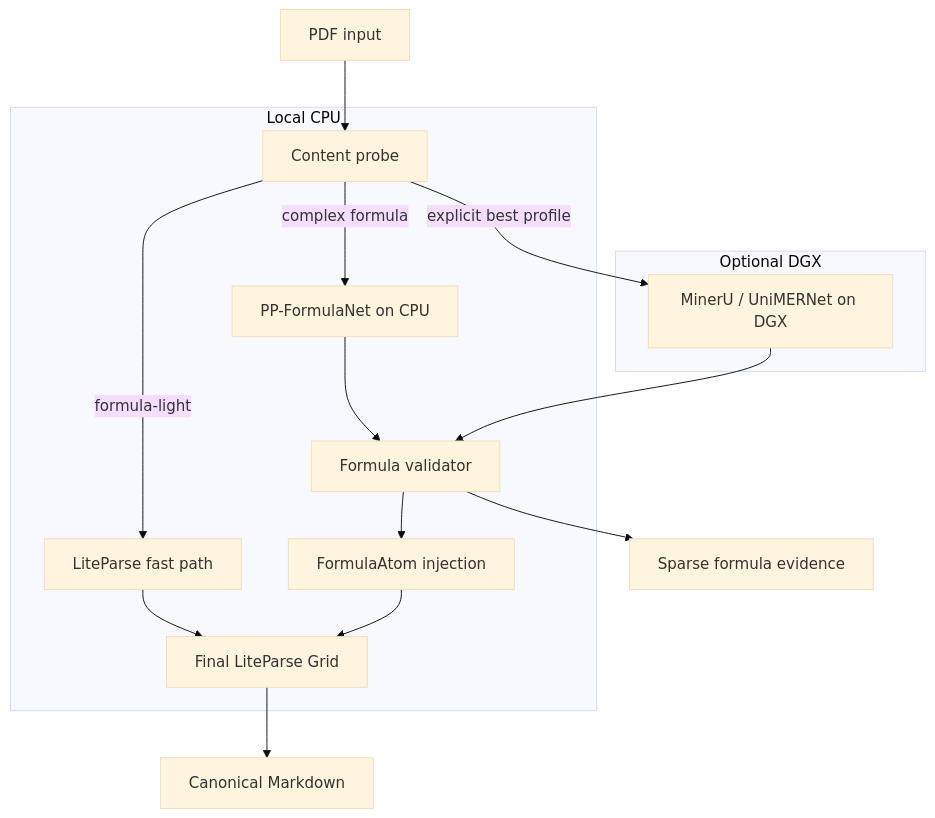
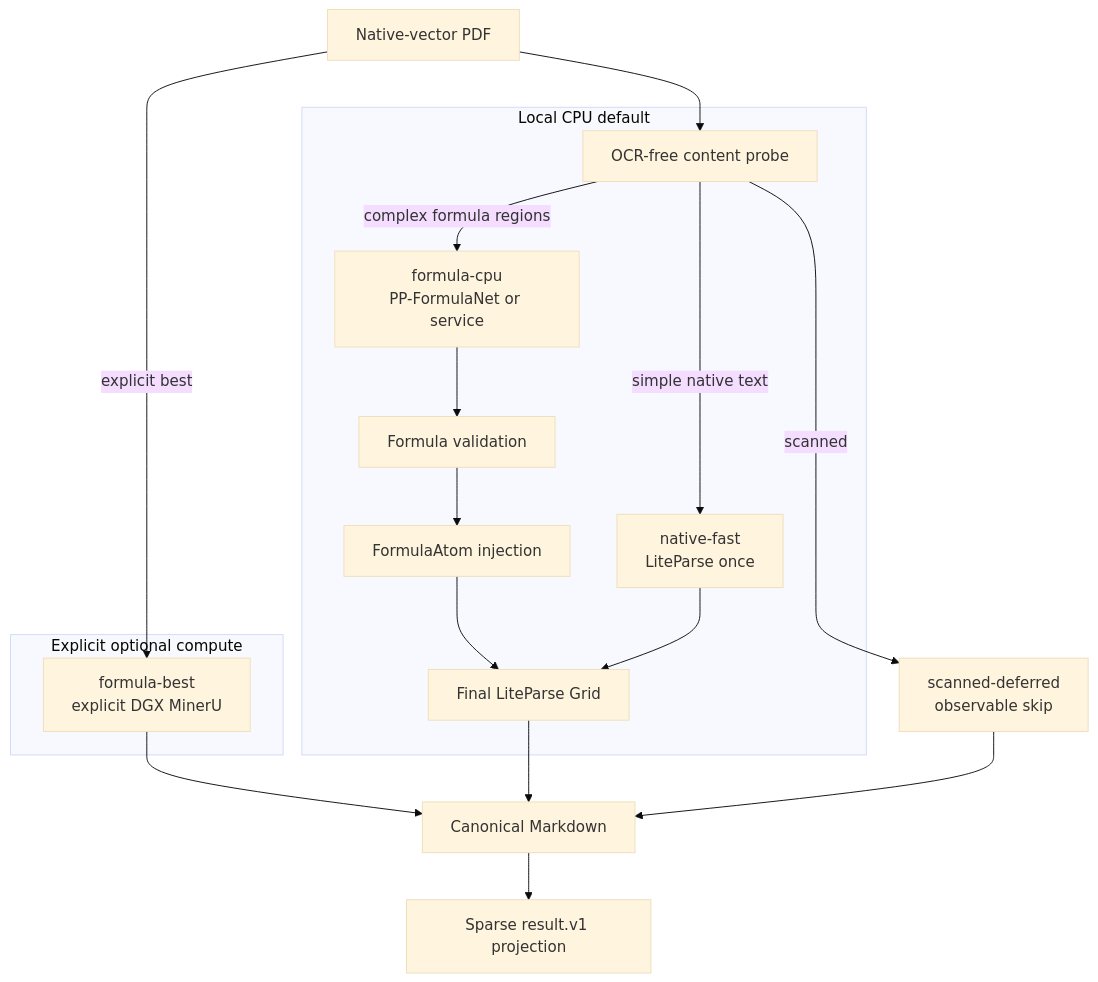
The diagram in packages/research-pdf-parser/README.md (GlacierAlgo/research-pdf-parser), drawn with Mermaid (base theme) before and after one commit. The commit also changed other lines of this file and 33 other files, not shown here.

````diff
--- a/packages/research-pdf-parser/README.md
+++ b/packages/research-pdf-parser/README.md
@@ -84,38 +111,41 @@
 ```mermaid
 flowchart TD
-    A["PDF input"]
-    B["Content probe"]
-    C["LiteParse fast path"]
-    D["PP-FormulaNet on CPU"]
-    E["MinerU / UniMERNet on DGX"]
-    F["Formula validator"]
-    G["FormulaAtom injection"]
-    H["Final LiteParse Grid"]
-    I["Canonical Markdown"]
-    J["Sparse formula evidence"]
+    PDF["Native-vector PDF"]
+    PROBE["OCR-free content probe"]
+    FAST["native-fast<br/>LiteParse once"]
+    CPU["formula-cpu<br/>PP-FormulaNet or service"]
+    BEST["formula-best<br/>explicit DGX MinerU"]
+    VALIDATE["Formula validation"]
+    ATOM["FormulaAtom injection"]
+    GRID["Final LiteParse Grid"]
+    MD["Canonical Markdown"]
+    RESULT["Sparse result.v1 projection"]
+    DEFER["scanned-deferred<br/>observable skip"]
 
-    subgraph LOCAL["Local CPU"]
-        B
-        C
-        D
-        F
-        G
-        H
+    subgraph LOCAL["Local CPU default"]
+        PROBE
+        FAST
+        CPU
+        VALIDATE
+        ATOM
+        GRID
     end
 
-    subgraph OPTIONAL["Optional DGX"]
-        E
+    subgraph OPTIONAL["Explicit optional compute"]
+        BEST
     end
 
-    A --> B
-    B -->|"formula-light"| C
-    B -->|"complex formula"| D
-    B -->|"explicit best profile"| E
-    D --> F
-    E --> F
-    F --> G
-    C --> H
-    G --> H
-    H --> I
-    F --> J
+    PDF --> PROBE
+    PROBE -->|"simple native text"| FAST
+    PROBE -->|"complex formula regions"| CPU
+    PROBE -->|"scanned"| DEFER
+    PDF -->|"explicit best"| BEST
+    CPU --> VALIDATE
+    VALIDATE --> ATOM
+    ATOM --> GRID
+    FAST --> GRID
+    BEST --> MD
+    GRID --> MD
+    DEFER --> MD
+    MD --> RESULT
 ```
````
